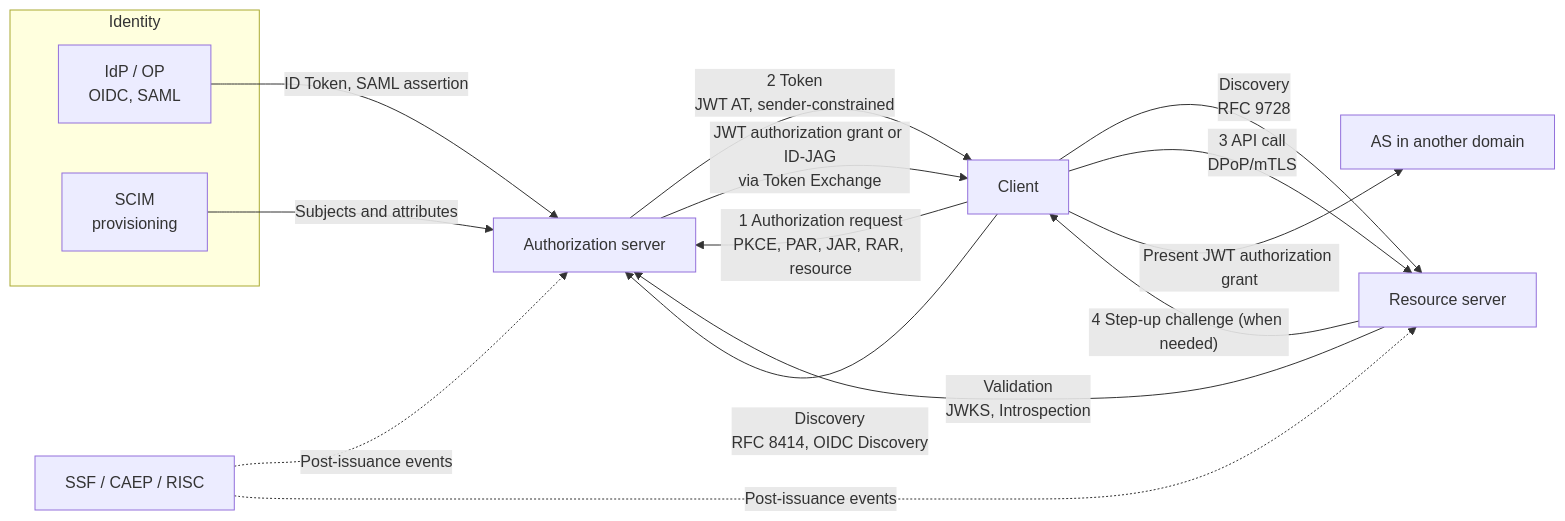
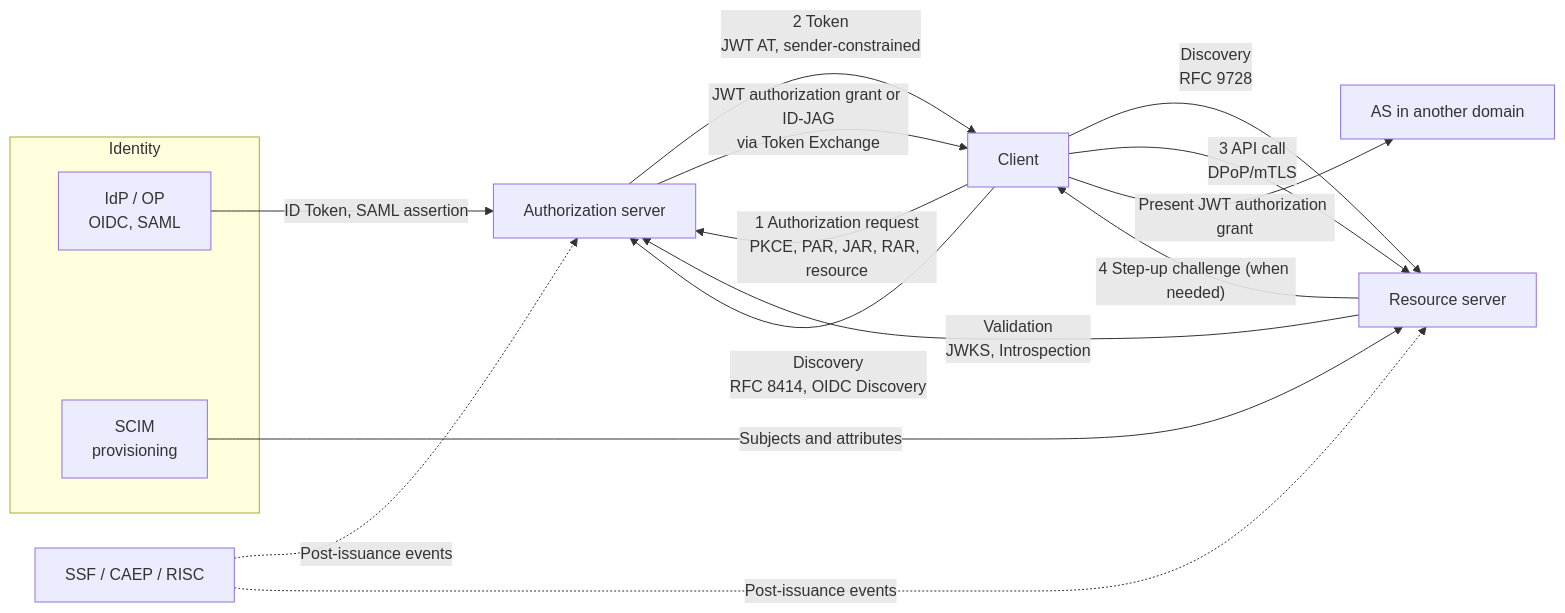
One commit to bmf-san/bmf-tech changed the diagram in content/en/posts/oauth-standards-map-authorization-platform.md. Above: the diagram before and after it, drawn with Mermaid. The commit also changed other lines of this file and 1 other file, not shown here.

````diff
--- a/content/en/posts/oauth-standards-map-authorization-platform.md
+++ b/content/en/posts/oauth-standards-map-authorization-platform.md
@@ -50,20 +50,20 @@
 ```mermaid
 flowchart LR
   subgraph ID["Identity"]
     IdP["IdP / OP<br/>OIDC, SAML"]
     SCIM["SCIM<br/>provisioning"]
   end
   C["Client"] -- "1 Authorization request<br/>PKCE, PAR, JAR, RAR, resource" --> AS["Authorization server"]
   C -- "Discovery<br/>RFC 9728" --> RS["Resource server"]
   C -- "Discovery<br/>RFC 8414, OIDC Discovery" --> AS
   AS -- "2 Token<br/>JWT AT, sender-constrained" --> C
   C -- "3 API call<br/>DPoP/mTLS" --> RS
   RS -- "Validation<br/>JWKS, Introspection" --> AS
   RS -- "4 Step-up challenge (when needed)" --> C
   IdP -- "ID Token, SAML assertion" --> AS
-  SCIM -- "Subjects and attributes" --> AS
+  SCIM -- "Subjects and attributes" --> RS
   T["SSF / CAEP / RISC"] -. "Post-issuance events" .-> AS
   T -. "Post-issuance events" .-> RS
   AS -- "JWT authorization grant or ID-JAG<br/>via Token Exchange" --> C
   C -- "Present JWT authorization grant" --> AS2["AS in another domain"]
 ```
````
